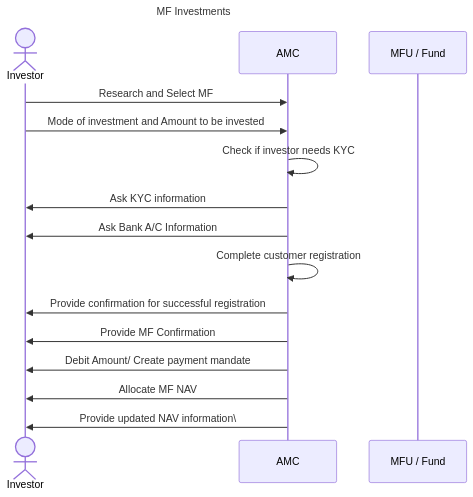
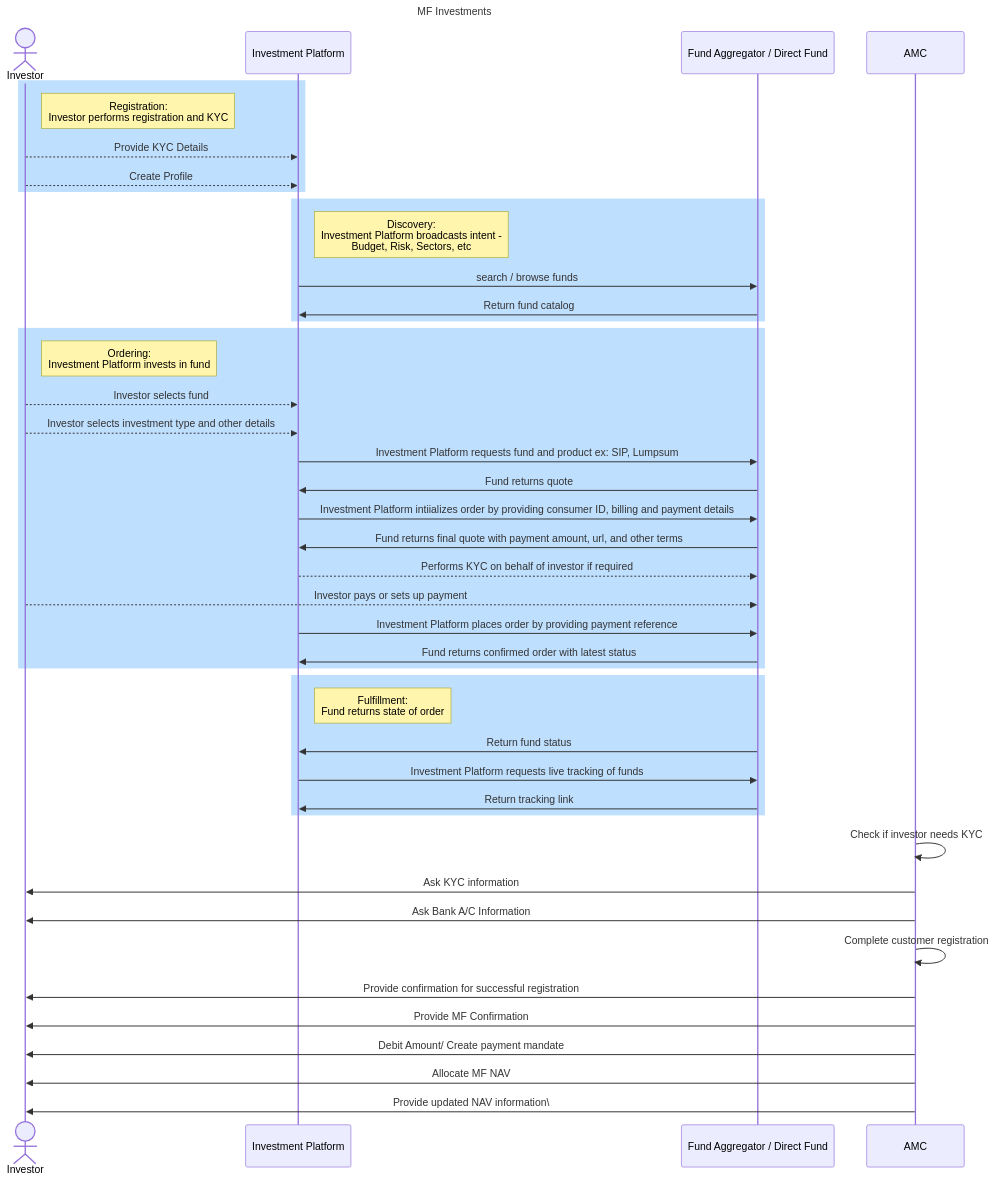
Before and after one commit to beckn/financial-services: the diagram in docs/example-implementations/Mutual-funds-Workflow.md, drawn with Mermaid. The commit also changed other lines of this file, not shown here.

Commit message:
Update Mutual-funds-Workflow.md
Updated registration,  discovery and order workflows

````diff
--- a/docs/example-implementations/Mutual-funds-Workflow.md
+++ b/docs/example-implementations/Mutual-funds-Workflow.md
@@ -52,18 +55,45 @@
 ```mermaid
 sequenceDiagram
     title MF Investments
     Actor Investor
-    Participant AMC
-    Participant MFU /  Fund
-    Investor ->> AMC: Research and Select MF
-    Investor ->> AMC: Mode of investment and Amount to be invested
+    Participant Investment Platform
+    Participant Fund Aggregator / Direct Fund
+    rect rgb(191, 223, 255)
+    note right of Investor: Registration: <br/>Investor performs registration and KYC
+    Investor -->> Investment Platform : Provide KYC Details
+    Investor -->> Investment Platform : Create Profile
+    end
+    rect rgb(191, 223, 255)
+    note right of Investment Platform: Discovery: <br/> Investment Platform broadcasts intent - <br/> Budget, Risk, Sectors, etc
+    Investment Platform ->> Fund Aggregator / Direct Fund: search / browse funds
+    Fund Aggregator / Direct Fund ->>  Investment Platform : Return fund catalog
+    end
+    rect rgb(191, 223, 255)
+    note right of Investor: Ordering: <br/> Investment Platform invests in fund
+    Investor -->> Investment Platform: Investor selects fund
+    Investor -->> Investment Platform: Investor selects investment type and other details
+    Investment Platform ->> Fund Aggregator / Direct Fund: Investment Platform requests fund and product ex: SIP, Lumpsum
+    Fund Aggregator / Direct Fund ->>  Investment Platform : Fund returns quote
+    Investment Platform ->> Fund Aggregator / Direct Fund: Investment Platform intiializes order by providing consumer ID, billing and payment details
+    Fund Aggregator / Direct Fund ->>  Investment Platform : Fund returns final quote with payment amount, url, and other terms
+    Investment Platform -->> Fund Aggregator / Direct Fund: Performs KYC on behalf of investor if required
+    Investor -->> Fund Aggregator / Direct Fund: Investor pays or sets up payment
+    Investment Platform ->> Fund Aggregator / Direct Fund: Investment Platform places order by providing payment reference
+    Fund Aggregator / Direct Fund ->>  Investment Platform : Fund returns confirmed order with latest status
+    end
+    rect rgb(191, 223, 255)
+    note right of Investment Platform: Fulfillment: <br/> Fund returns state of order
+    Fund Aggregator / Direct Fund ->>  Investment Platform : Return fund status
+    Investment Platform ->> Fund Aggregator / Direct Fund: Investment Platform requests live tracking of funds
+    Fund Aggregator / Direct Fund ->>  Investment Platform : Return tracking link
+    end
     AMC ->> AMC: Check if investor needs KYC
     AMC ->> Investor: Ask KYC information
     AMC ->> Investor: Ask Bank A/C Information
     AMC ->> AMC: Complete customer registration
     AMC ->> Investor: Provide confirmation for successful registration
     AMC ->> Investor: Provide MF Confirmation
     AMC ->> Investor: Debit Amount/ Create payment mandate
     AMC ->> Investor: Allocate MF NAV
     AMC ->> Investor: Provide updated NAV information\
 ```
````
